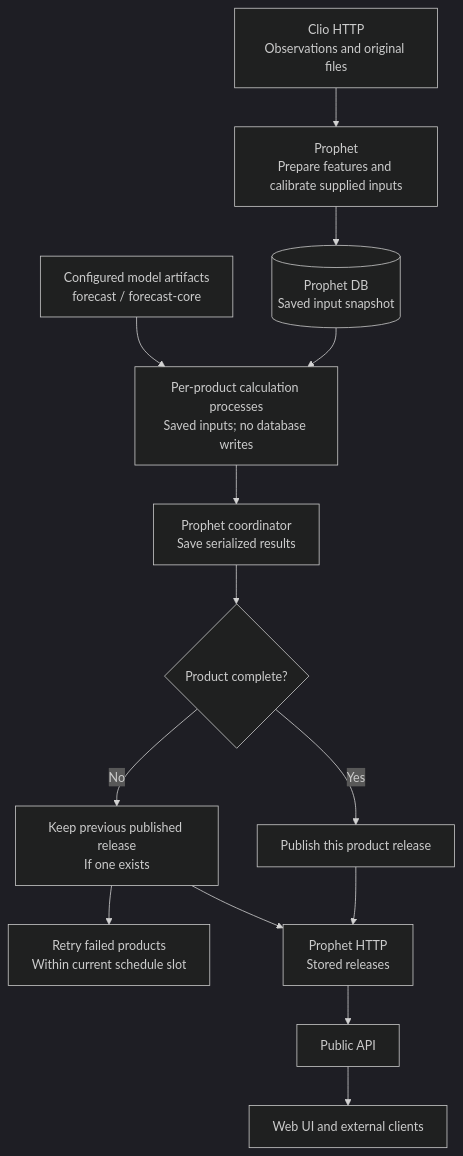
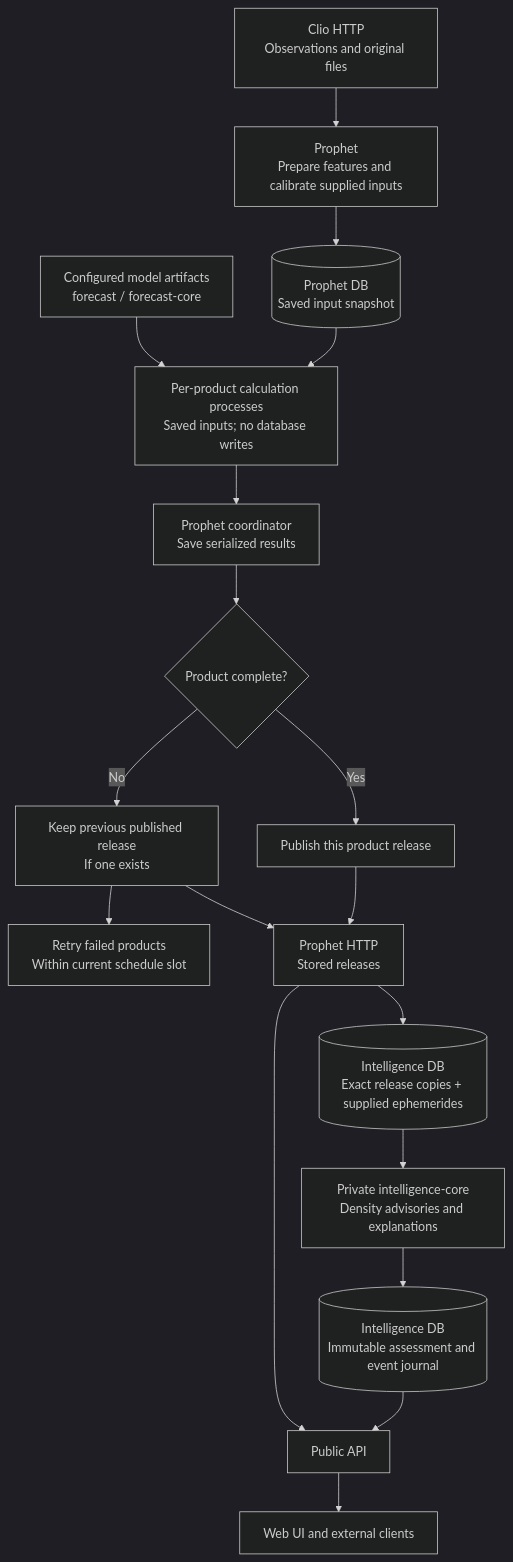
One commit to a-kryvenko/argus changed the diagram in docs/architecture/flows/forecast-release.md. Above: the diagram before and after it, drawn with Mermaid (dark theme). The commit also changed 80 other files, not shown here.

````diff
--- a/docs/architecture/flows/forecast-release.md
+++ b/docs/architecture/flows/forecast-release.md
@@ -8,16 +8,20 @@
 ```mermaid
 flowchart TD
     observations["Clio HTTP<br/>Observations and original files"] --> prepare["Prophet<br/>Prepare features and calibrate supplied inputs"]
     prepare --> snapshot[("Prophet DB<br/>Saved input snapshot")]
     snapshot --> calculate["Per-product calculation processes<br/>Saved inputs; no database writes"]
     models["Configured model artifacts<br/>forecast / forecast-core"] --> calculate
     calculate --> save["Prophet coordinator<br/>Save serialized results"]
     save --> complete{"Product complete?"}
     complete -->|Yes| publish["Publish this product release"]
     complete -->|No| previous["Keep previous published release<br/>If one exists"]
     previous --> retry["Retry failed products<br/>Within current schedule slot"]
     publish --> http["Prophet HTTP<br/>Stored releases"]
     previous --> http
-    http --> api["Public API"]
+    http --> retained[("Intelligence DB<br/>Exact release copies + supplied ephemerides")]
+    retained --> risk["Private intelligence-core<br/>Density advisories and explanations"]
+    risk --> journal[("Intelligence DB<br/>Immutable assessment and event journal")]
+    journal --> api["Public API"]
+    http --> api
     api --> clients["Web UI and external clients"]
 ```
````
